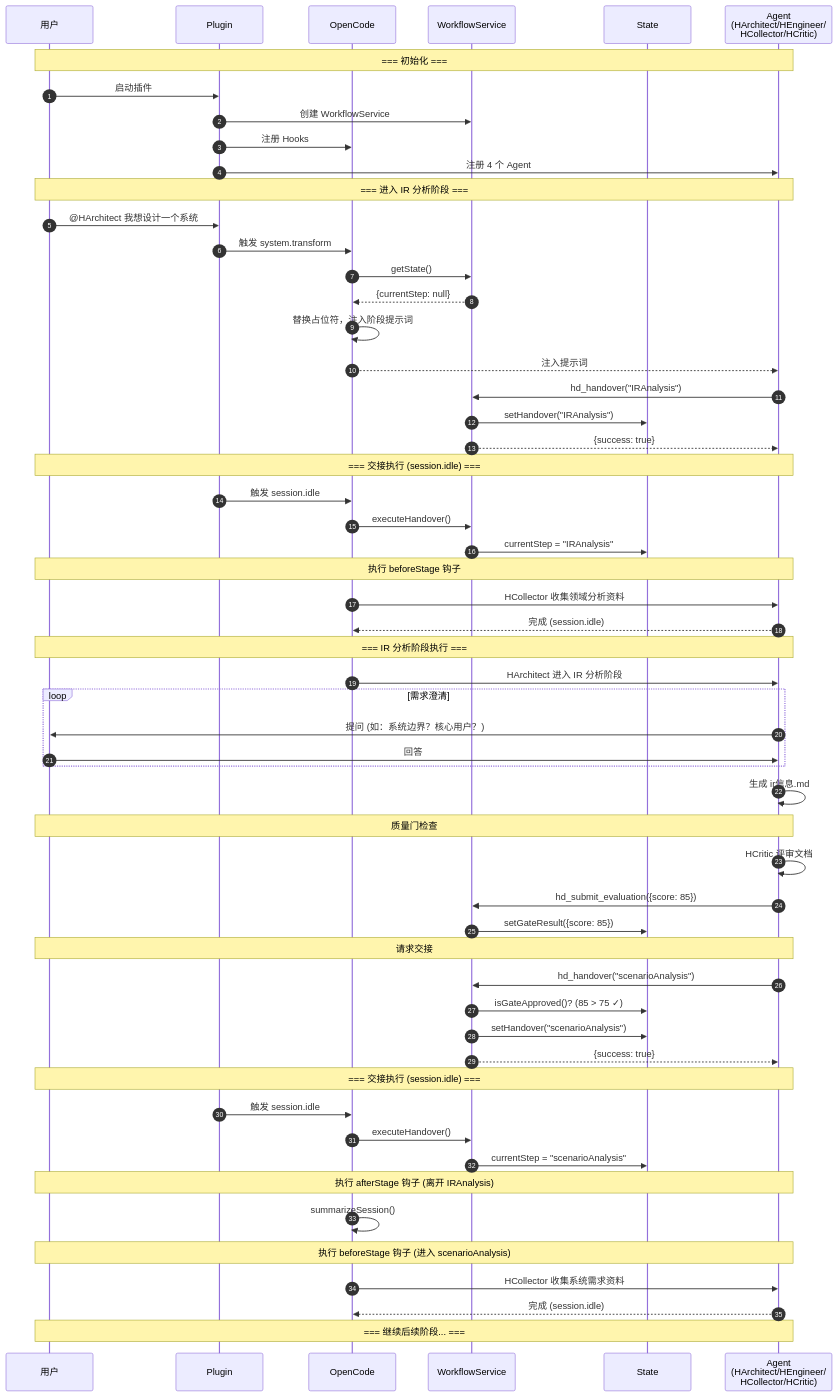
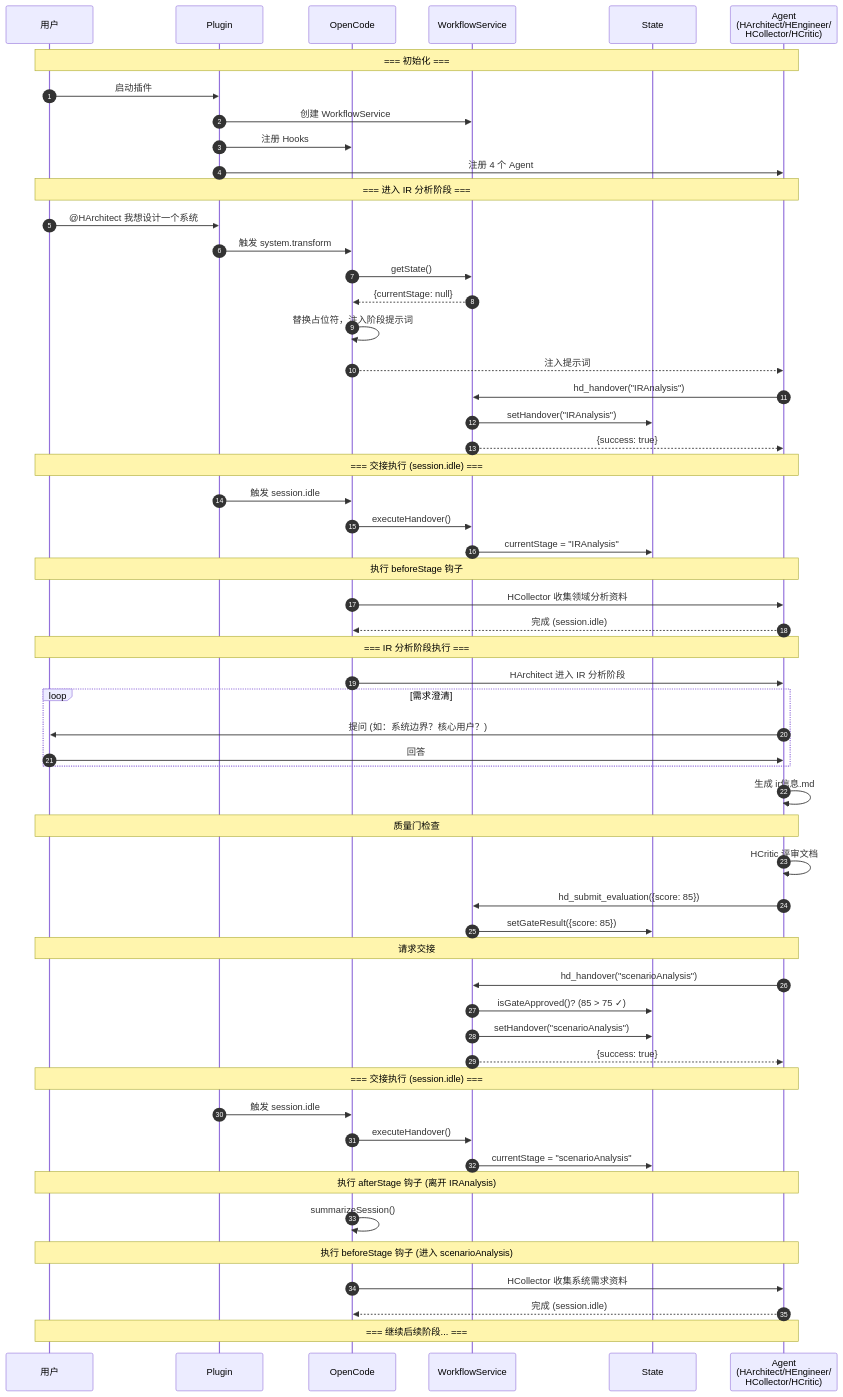
One commit to aiimoyu/hyper-designer changed the third of 4 diagrams in TECHNICAL_WIKI.md. Above: the diagram before and after it, drawn with Mermaid. The commit also changed other lines of this file and 20 other files, not shown here.

First line of the commit message:
refactor: Update workflow state management to use currentStage instead of currentStep

````diff
--- a/TECHNICAL_WIKI.md
+++ b/TECHNICAL_WIKI.md
@@ -471,72 +486,72 @@
 ```mermaid
 sequenceDiagram
     autonumber
     participant U as 用户
     participant P as Plugin
     participant OC as OpenCode
     participant WS as WorkflowService
     participant S as State
     participant A as Agent<br/>(HArchitect/HEngineer/<br/>HCollector/HCritic)
 
     Note over U,A: === 初始化 ===
     U->>P: 启动插件
     P->>WS: 创建 WorkflowService
     P->>OC: 注册 Hooks
     P->>A: 注册 4 个 Agent
 
     Note over U,A: === 进入 IR 分析阶段 ===
     U->>P: @HArchitect 我想设计一个系统
     P->>OC: 触发 system.transform
     OC->>WS: getState()
-    WS-->>OC: {currentStep: null}
+    WS-->>OC: {currentStage: null}
     OC->>OC: 替换占位符，注入阶段提示词
     OC-->>A: 注入提示词
     
     A->>WS: hd_handover("IRAnalysis")
     WS->>S: setHandover("IRAnalysis")
     WS-->>A: {success: true}
 
     Note over U,A: === 交接执行 (session.idle) ===
     P->>OC: 触发 session.idle
     OC->>WS: executeHandover()
-    WS->>S: currentStep = "IRAnalysis"
+    WS->>S: currentStage = "IRAnalysis"
     
     Note over U,A: 执行 beforeStage 钩子
     OC->>A: HCollector 收集领域分析资料
     A-->>OC: 完成 (session.idle)
 
     Note over U,A: === IR 分析阶段执行 ===
     OC->>A: HArchitect 进入 IR 分析阶段
     
     loop 需求澄清
         A->>U: 提问 (如：系统边界？核心用户？)
         U->>A: 回答
     end
     
     A->>A: 生成 ir信息.md
     
     Note over U,A: 质量门检查
     A->>A: HCritic 评审文档
     A->>WS: hd_submit_evaluation({score: 85})
     WS->>S: setGateResult({score: 85})
     
     Note over U,A: 请求交接
     A->>WS: hd_handover("scenarioAnalysis")
     WS->>S: isGateApproved()? (85 > 75 ✓)
     WS->>S: setHandover("scenarioAnalysis")
     WS-->>A: {success: true}
 
     Note over U,A: === 交接执行 (session.idle) ===
     P->>OC: 触发 session.idle
     OC->>WS: executeHandover()
-    WS->>S: currentStep = "scenarioAnalysis"
+    WS->>S: currentStage = "scenarioAnalysis"
     
     Note over U,A: 执行 afterStage 钩子 (离开 IRAnalysis)
     OC->>OC: summarizeSession()
     
     Note over U,A: 执行 beforeStage 钩子 (进入 scenarioAnalysis)
     OC->>A: HCollector 收集系统需求资料
     A-->>OC: 完成 (session.idle)
     
     Note over U,A: === 继续后续阶段... ===
 ```
````
